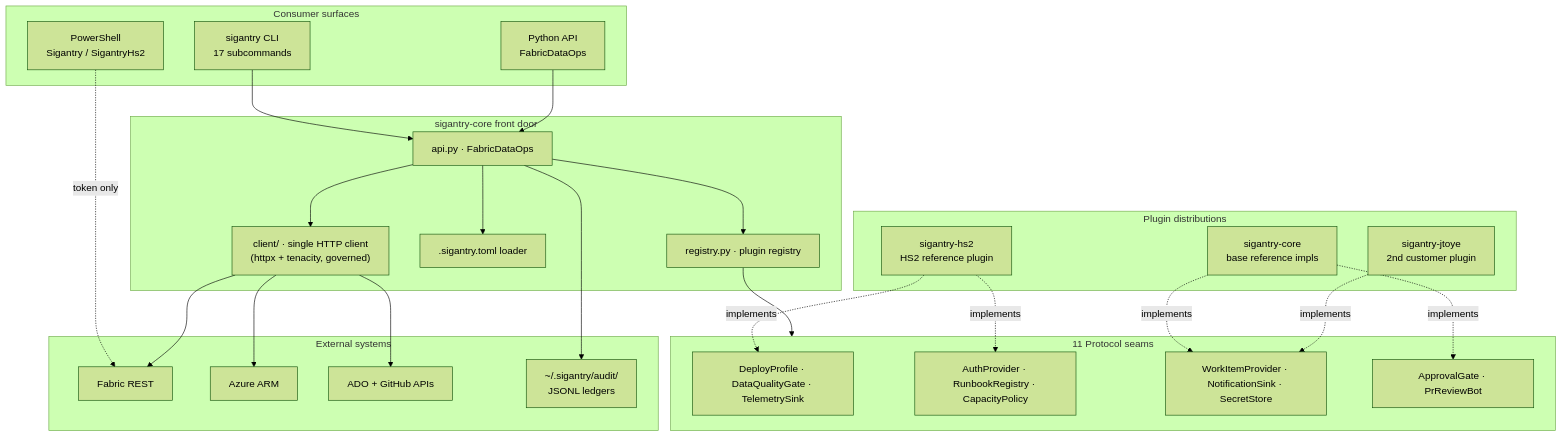
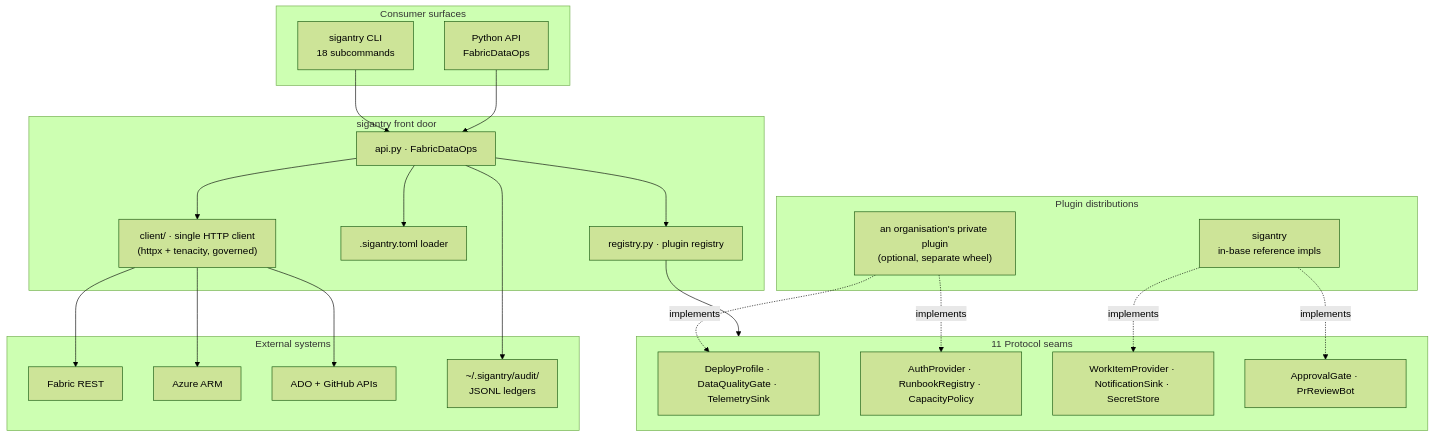
One commit to Bralabee/sigantry changed the first of 9 diagrams in docs/CAPABILITIES.md. Above: the diagram before and after it, drawn with Mermaid (forest theme). The commit also changed other lines of this file and 20 other files, not shown here.

````diff
--- a/docs/CAPABILITIES.md
+++ b/docs/CAPABILITIES.md
@@ -51,52 +50,48 @@
 ```mermaid
 flowchart TB
     subgraph CONS["Consumer surfaces"]
-        CLI["sigantry CLI<br/>17 subcommands"]
+        CLI["sigantry CLI<br/>18 subcommands"]
         PYAPI["Python API<br/>FabricDataOps"]
-        PWSH["PowerShell<br/>Sigantry / SigantryHs2"]
     end
 
-    subgraph CORE["sigantry-core front door"]
+    subgraph CORE["sigantry front door"]
         API["api.py · FabricDataOps"]
         REGISTRY["registry.py · plugin registry"]
         CONFIG[".sigantry.toml loader"]
         CLIENT["client/ · single HTTP client<br/>(httpx + tenacity, governed)"]
     end
 
     subgraph SEAMS["11 Protocol seams"]
         S1["DeployProfile · DataQualityGate · TelemetrySink"]
         S2["AuthProvider · RunbookRegistry · CapacityPolicy"]
         S3["WorkItemProvider · NotificationSink · SecretStore"]
         S4["ApprovalGate · PrReviewBot"]
     end
 
     subgraph PLUGINS["Plugin distributions"]
-        BASE["sigantry-core<br/>base reference impls"]
-        HS2["sigantry-hs2<br/>HS2 reference plugin"]
-        JTOYE["sigantry-jtoye<br/>2nd customer plugin"]
+        BASE["sigantry<br/>in-base reference impls"]
+        ORG["an organisation's private plugin<br/>(optional, separate wheel)"]
     end
 
     subgraph EXT["External systems"]
         FAB["Fabric REST"]
         ARM["Azure ARM"]
         GIT["ADO + GitHub APIs"]
         AUDIT["~/.sigantry/audit/<br/>JSONL ledgers"]
     end
 
     CLI --> API
     PYAPI --> API
-    PWSH -. token only .-> FAB
     API --> REGISTRY
     API --> CLIENT
     API --> CONFIG
     REGISTRY --> SEAMS
     BASE -. implements .-> S3
     BASE -. implements .-> S4
-    HS2 -. implements .-> S1
-    HS2 -. implements .-> S2
-    JTOYE -. implements .-> S3
+    ORG -. implements .-> S1
+    ORG -. implements .-> S2
     CLIENT --> FAB
     CLIENT --> ARM
     CLIENT --> GIT
     API --> AUDIT
 ```
````
